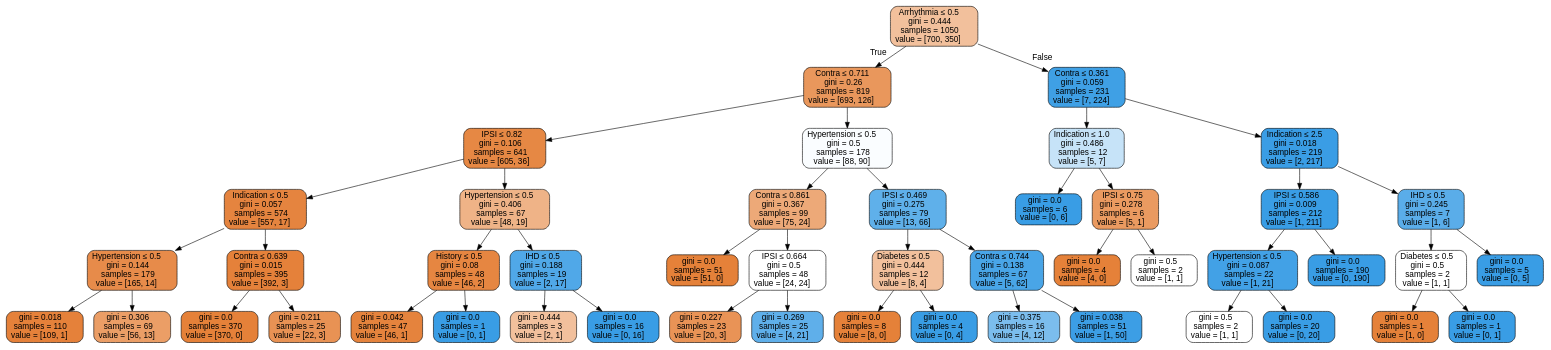
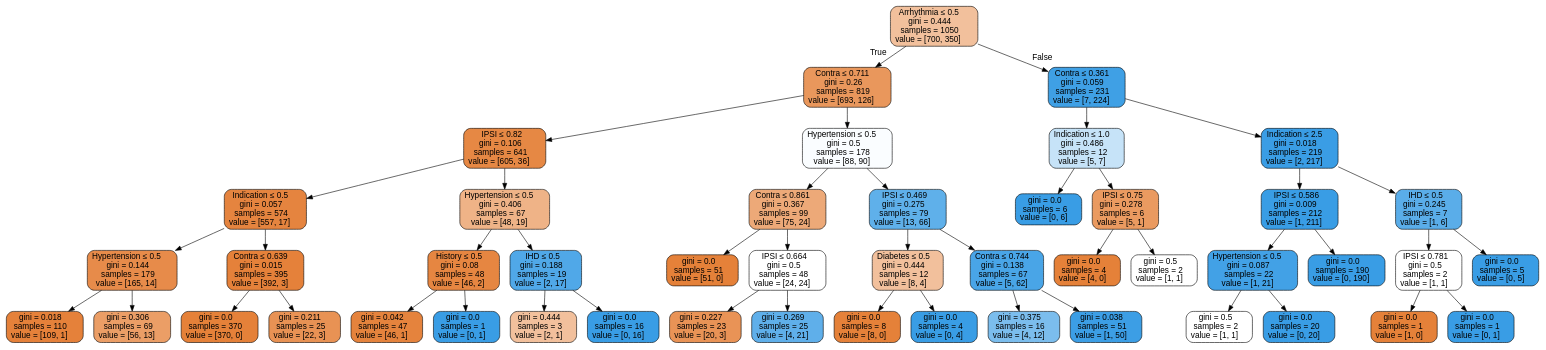
The diagram in tree.dot (bdavis9725/Medical-Data-Mining), drawn with Graphviz before and after one commit. The commit also changed 2 other files, not shown here.

```diff
--- a/tree.dot
+++ b/tree.dot
@@ -1,97 +1,97 @@
 digraph Tree {
 node [shape=box, style="filled, rounded", color="black", fontname=helvetica] ;
 edge [fontname=helvetica] ;
 0 [label=<Arrhythmia &le; 0.5<br/>gini = 0.444<br/>samples = 1050<br/>value = [700, 350]>, fillcolor="#e581397f"] ;
 1 [label=<Contra &le; 0.711<br/>gini = 0.26<br/>samples = 819<br/>value = [693, 126]>, fillcolor="#e58139d1"] ;
 0 -> 1 [labeldistance=2.5, labelangle=45, headlabel="True"] ;
 2 [label=<IPSI &le; 0.82<br/>gini = 0.106<br/>samples = 641<br/>value = [605, 36]>, fillcolor="#e58139f0"] ;
 1 -> 2 ;
 3 [label=<Indication &le; 0.5<br/>gini = 0.057<br/>samples = 574<br/>value = [557, 17]>, fillcolor="#e58139f7"] ;
 2 -> 3 ;
 4 [label=<Hypertension &le; 0.5<br/>gini = 0.144<br/>samples = 179<br/>value = [165, 14]>, fillcolor="#e58139e9"] ;
 3 -> 4 ;
 5 [label=<gini = 0.018<br/>samples = 110<br/>value = [109, 1]>, fillcolor="#e58139fd"] ;
 4 -> 5 ;
 6 [label=<gini = 0.306<br/>samples = 69<br/>value = [56, 13]>, fillcolor="#e58139c4"] ;
 4 -> 6 ;
 7 [label=<Contra &le; 0.639<br/>gini = 0.015<br/>samples = 395<br/>value = [392, 3]>, fillcolor="#e58139fd"] ;
 3 -> 7 ;
 8 [label=<gini = 0.0<br/>samples = 370<br/>value = [370, 0]>, fillcolor="#e58139ff"] ;
 7 -> 8 ;
 9 [label=<gini = 0.211<br/>samples = 25<br/>value = [22, 3]>, fillcolor="#e58139dc"] ;
 7 -> 9 ;
 10 [label=<Hypertension &le; 0.5<br/>gini = 0.406<br/>samples = 67<br/>value = [48, 19]>, fillcolor="#e581399a"] ;
 2 -> 10 ;
 11 [label=<History &le; 0.5<br/>gini = 0.08<br/>samples = 48<br/>value = [46, 2]>, fillcolor="#e58139f4"] ;
 10 -> 11 ;
 12 [label=<gini = 0.042<br/>samples = 47<br/>value = [46, 1]>, fillcolor="#e58139f9"] ;
 11 -> 12 ;
 13 [label=<gini = 0.0<br/>samples = 1<br/>value = [0, 1]>, fillcolor="#399de5ff"] ;
 11 -> 13 ;
 14 [label=<IHD &le; 0.5<br/>gini = 0.188<br/>samples = 19<br/>value = [2, 17]>, fillcolor="#399de5e1"] ;
 10 -> 14 ;
 15 [label=<gini = 0.444<br/>samples = 3<br/>value = [2, 1]>, fillcolor="#e581397f"] ;
 14 -> 15 ;
 16 [label=<gini = 0.0<br/>samples = 16<br/>value = [0, 16]>, fillcolor="#399de5ff"] ;
 14 -> 16 ;
 17 [label=<Hypertension &le; 0.5<br/>gini = 0.5<br/>samples = 178<br/>value = [88, 90]>, fillcolor="#399de506"] ;
 1 -> 17 ;
 18 [label=<Contra &le; 0.861<br/>gini = 0.367<br/>samples = 99<br/>value = [75, 24]>, fillcolor="#e58139ad"] ;
 17 -> 18 ;
 19 [label=<gini = 0.0<br/>samples = 51<br/>value = [51, 0]>, fillcolor="#e58139ff"] ;
 18 -> 19 ;
 20 [label=<IPSI &le; 0.664<br/>gini = 0.5<br/>samples = 48<br/>value = [24, 24]>, fillcolor="#e5813900"] ;
 18 -> 20 ;
 21 [label=<gini = 0.227<br/>samples = 23<br/>value = [20, 3]>, fillcolor="#e58139d9"] ;
 20 -> 21 ;
 22 [label=<gini = 0.269<br/>samples = 25<br/>value = [4, 21]>, fillcolor="#399de5ce"] ;
 20 -> 22 ;
 23 [label=<IPSI &le; 0.469<br/>gini = 0.275<br/>samples = 79<br/>value = [13, 66]>, fillcolor="#399de5cd"] ;
 17 -> 23 ;
 24 [label=<Diabetes &le; 0.5<br/>gini = 0.444<br/>samples = 12<br/>value = [8, 4]>, fillcolor="#e581397f"] ;
 23 -> 24 ;
 25 [label=<gini = 0.0<br/>samples = 8<br/>value = [8, 0]>, fillcolor="#e58139ff"] ;
 24 -> 25 ;
 26 [label=<gini = 0.0<br/>samples = 4<br/>value = [0, 4]>, fillcolor="#399de5ff"] ;
 24 -> 26 ;
 27 [label=<Contra &le; 0.744<br/>gini = 0.138<br/>samples = 67<br/>value = [5, 62]>, fillcolor="#399de5ea"] ;
 23 -> 27 ;
 28 [label=<gini = 0.375<br/>samples = 16<br/>value = [4, 12]>, fillcolor="#399de5aa"] ;
 27 -> 28 ;
 29 [label=<gini = 0.038<br/>samples = 51<br/>value = [1, 50]>, fillcolor="#399de5fa"] ;
 27 -> 29 ;
 30 [label=<Contra &le; 0.361<br/>gini = 0.059<br/>samples = 231<br/>value = [7, 224]>, fillcolor="#399de5f7"] ;
 0 -> 30 [labeldistance=2.5, labelangle=-45, headlabel="False"] ;
 31 [label=<Indication &le; 1.0<br/>gini = 0.486<br/>samples = 12<br/>value = [5, 7]>, fillcolor="#399de549"] ;
 30 -> 31 ;
 32 [label=<gini = 0.0<br/>samples = 6<br/>value = [0, 6]>, fillcolor="#399de5ff"] ;
 31 -> 32 ;
 33 [label=<IPSI &le; 0.75<br/>gini = 0.278<br/>samples = 6<br/>value = [5, 1]>, fillcolor="#e58139cc"] ;
 31 -> 33 ;
 34 [label=<gini = 0.0<br/>samples = 4<br/>value = [4, 0]>, fillcolor="#e58139ff"] ;
 33 -> 34 ;
 35 [label=<gini = 0.5<br/>samples = 2<br/>value = [1, 1]>, fillcolor="#e5813900"] ;
 33 -> 35 ;
 36 [label=<Indication &le; 2.5<br/>gini = 0.018<br/>samples = 219<br/>value = [2, 217]>, fillcolor="#399de5fd"] ;
 30 -> 36 ;
 37 [label=<IPSI &le; 0.586<br/>gini = 0.009<br/>samples = 212<br/>value = [1, 211]>, fillcolor="#399de5fe"] ;
 36 -> 37 ;
 38 [label=<Hypertension &le; 0.5<br/>gini = 0.087<br/>samples = 22<br/>value = [1, 21]>, fillcolor="#399de5f3"] ;
 37 -> 38 ;
 39 [label=<gini = 0.5<br/>samples = 2<br/>value = [1, 1]>, fillcolor="#e5813900"] ;
 38 -> 39 ;
 40 [label=<gini = 0.0<br/>samples = 20<br/>value = [0, 20]>, fillcolor="#399de5ff"] ;
 38 -> 40 ;
 41 [label=<gini = 0.0<br/>samples = 190<br/>value = [0, 190]>, fillcolor="#399de5ff"] ;
 37 -> 41 ;
 42 [label=<IHD &le; 0.5<br/>gini = 0.245<br/>samples = 7<br/>value = [1, 6]>, fillcolor="#399de5d4"] ;
 36 -> 42 ;
-43 [label=<Diabetes &le; 0.5<br/>gini = 0.5<br/>samples = 2<br/>value = [1, 1]>, fillcolor="#e5813900"] ;
+43 [label=<IPSI &le; 0.781<br/>gini = 0.5<br/>samples = 2<br/>value = [1, 1]>, fillcolor="#e5813900"] ;
 42 -> 43 ;
 44 [label=<gini = 0.0<br/>samples = 1<br/>value = [1, 0]>, fillcolor="#e58139ff"] ;
 43 -> 44 ;
 45 [label=<gini = 0.0<br/>samples = 1<br/>value = [0, 1]>, fillcolor="#399de5ff"] ;
 43 -> 45 ;
 46 [label=<gini = 0.0<br/>samples = 5<br/>value = [0, 5]>, fillcolor="#399de5ff"] ;
 42 -> 46 ;
 }
```
